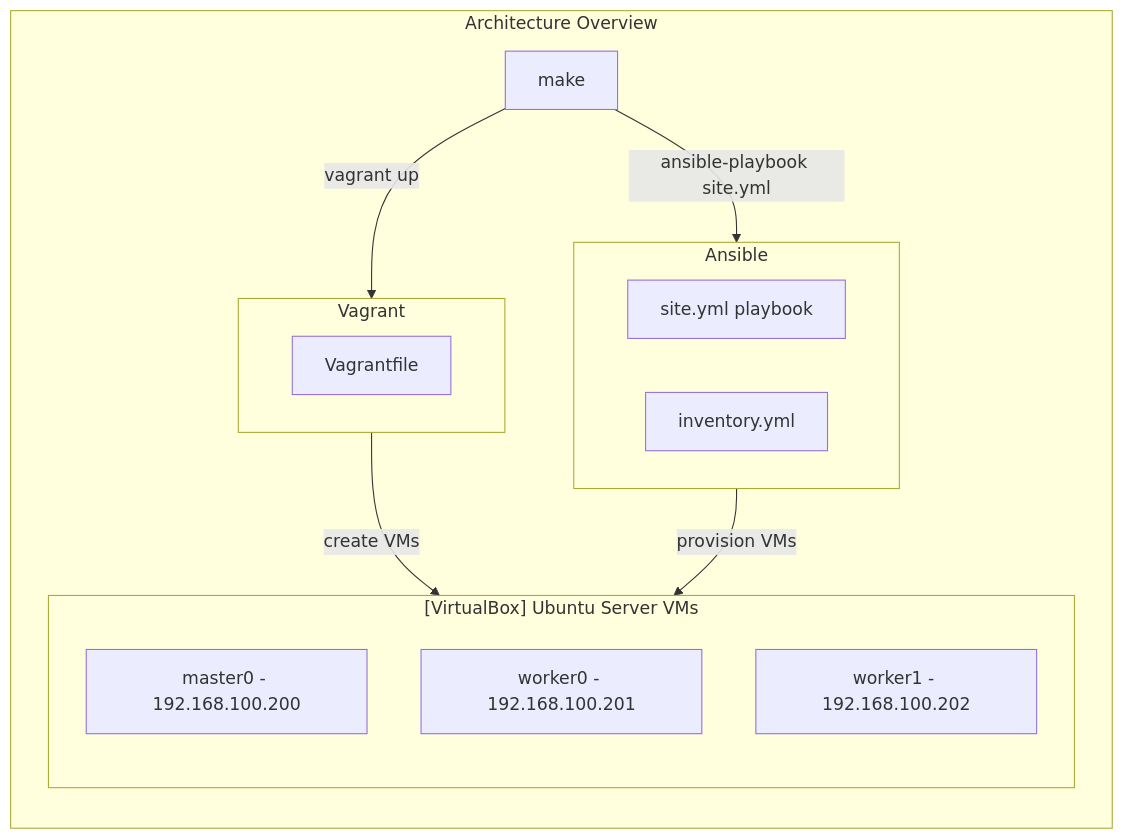
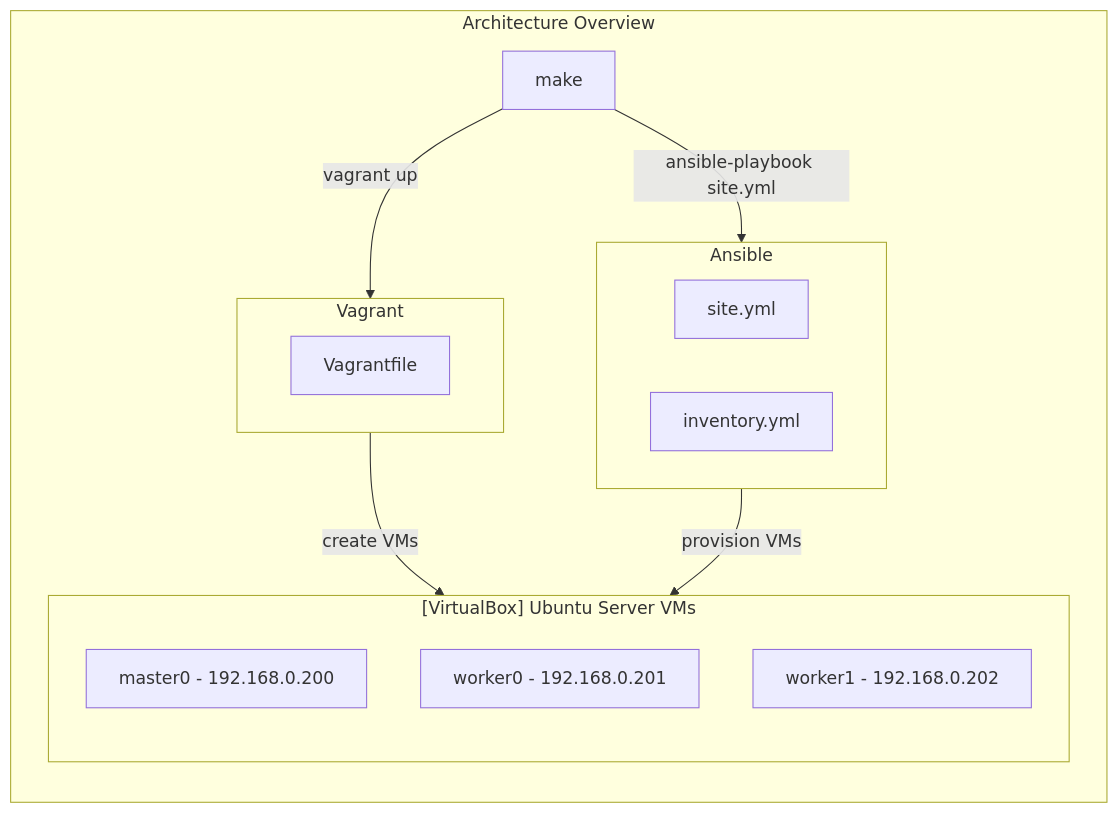
The diagram in README.md (eruszczak/k3s-virtualbox), drawn with Mermaid before and after one commit. The commit also changed other lines of this file and 5 other files, not shown here.

````diff
--- a/README.md
+++ b/README.md
@@ -59,28 +10,28 @@
 ```mermaid
 flowchart LR
   M["make"]
   M -- vagrant up --> V
   M -- ansible-playbook site.yml --> A
   V -- create VMs --> VB
   A -- provision VMs --> VB
   
   subgraph Architecture Overview
     direction TB
     M
     subgraph V["Vagrant"]
         direction RL
         V1[Vagrantfile]
     end
     subgraph A["Ansible"]
         direction RL
-        A1[site.yml playbook]
+        A1[site.yml]
         A2[inventory.yml]
     end
     subgraph VB["[VirtualBox] Ubuntu Server VMs"]
         direction BT
-        master0[master0 - 192.168.100.200]
-        worker0[worker0 - 192.168.100.201]
-        worker1[worker1 - 192.168.100.202]
+        master0[master0 - 192.168.0.200]
+        worker0[worker0 - 192.168.0.201]
+        worker1[worker1 - 192.168.0.202]
     end
   end
 ```
````
